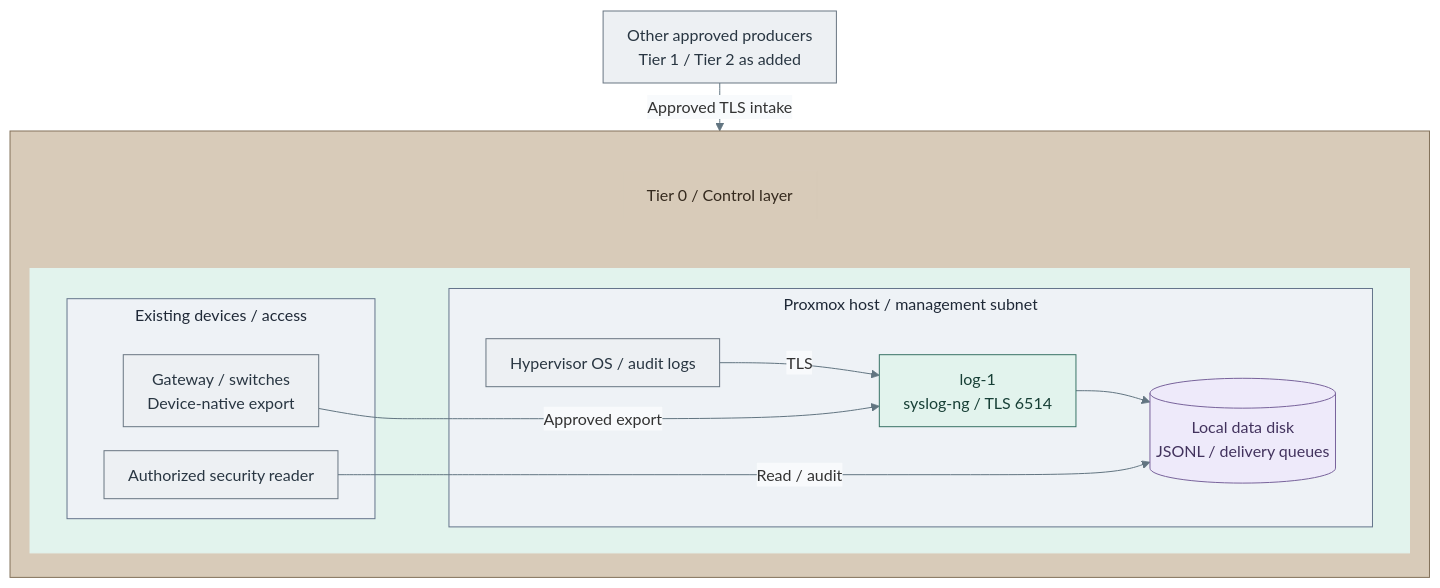
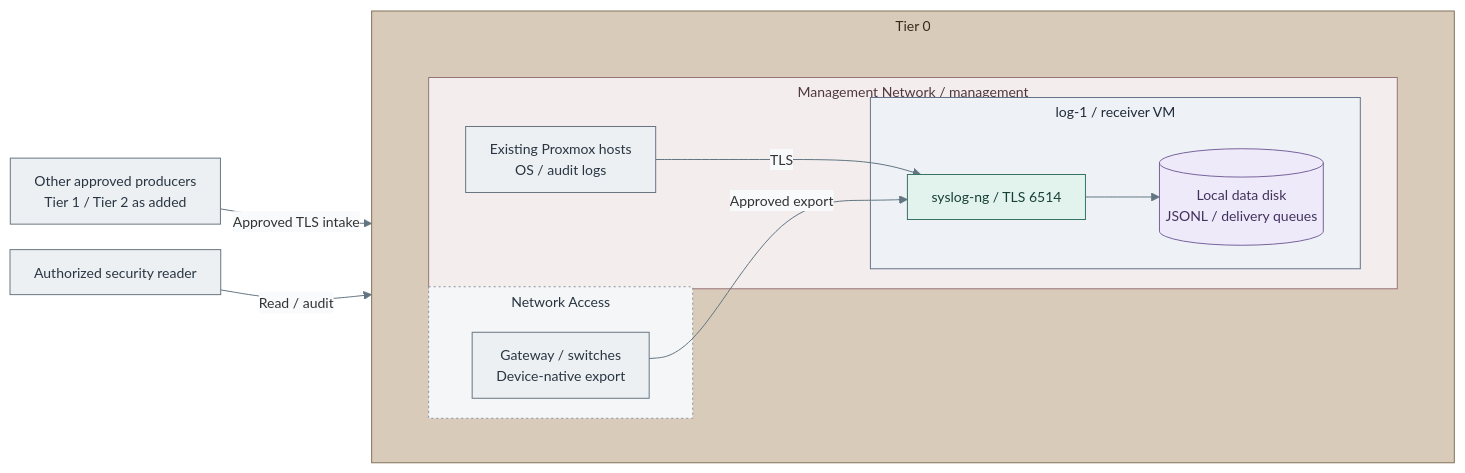
The second of 2 diagrams in docs/03-deployment/stage-2-logging/README.md (Rexus/homelab), drawn with Mermaid before and after one commit. The commit also changed other lines of this file and 124 other files, not shown here.

First line of the commit message:
fix(platform): align service diagrams and directory failover

````diff
--- a/docs/03-deployment/stage-2-logging/README.md
+++ b/docs/03-deployment/stage-2-logging/README.md
@@ -431,44 +385,52 @@
 ```mermaid
-%%{init: {"theme":"base","flowchart":{"nodeSpacing":20,"rankSpacing":24,"padding":12,"subGraphTitleMargin":{"top":4,"bottom":12}},"themeVariables":{"lineColor":"#627581","edgeLabelBackground":"#f8fafc"}}}%%
-flowchart TB
+%%{init: {"theme":"base","flowchart":{"nodeSpacing":20,"rankSpacing":24,"padding":12,"subGraphTitleMargin":{"top":4,"bottom":18}},"themeVariables":{"lineColor":"#627581","edgeLabelBackground":"#f8fafc","fontFamily":"Arial, sans-serif","fontSize":"14px"},"fontFamily":"Arial, sans-serif"}}%%
+flowchart LR
   Sources["Other approved producers<br/>Tier 1 / Tier 2 as added"]
-  subgraph T0[" "]
+  subgraph T0["Tier 0"]
     direction TB
-    T0Title["Tier 0 / Control layer"]
     %% Keep the heading above a content-sized placement group, independent of external links.
-    subgraph Placement[" "]
+    subgraph Layout[" "]
       direction LR
-      subgraph Infrastructure["Existing devices / access"]
+      subgraph Infrastructure["Network Access"]
         Devices["Gateway / switches<br/>Device-native export"]
-        Admin["Authorized security reader"]
       end
-      subgraph PVE["Proxmox host / management subnet"]
-        Host["Hypervisor OS / audit logs"]
-        VM["log-1<br/>syslog-ng / TLS 6514"]
-        Records[("Local data disk<br/>JSONL / delivery queues")]
+      subgraph Network["Management Network / management"]
+        Host["Existing Proxmox hosts<br/>OS / audit logs"]
+        subgraph Guest["log-1 / receiver VM"]
+          VM["syslog-ng / TLS 6514"]
+          Records[("Local data disk<br/>JSONL / delivery queues")]
+          VM --> Records
+        end
         Host -->|TLS| VM
-        VM --> Records
       end
       Devices -->|Approved export| VM
-      Admin -->|Read / audit| Records
-      Infrastructure ~~~ PVE
+      Infrastructure ~~~ Network
     end
-    T0Title ~~~ Placement
   end
-  Sources -->|Approved TLS intake| T0
+  Admin["Authorized security reader"]
+  Sources ~~~ Devices
+  Sources ~~~ Host
+  Admin ~~~ Devices
+  Admin ~~~ Host
+  Admin -->|Read / audit| Records
+  Sources -->|Approved TLS intake| VM
+  classDef group fill:#f5f6f7,stroke:#89939e,color:#273340,stroke-dasharray:2 3
   classDef default fill:#f8fafc,stroke:#64748b,color:#1f2937
   classDef boundary fill:#eef2f6,stroke:#64748b,color:#1f2937
   classDef actor fill:#edf0f3,stroke:#697682,color:#293642
   classDef control fill:#e2f3ed,stroke:#397366,color:#173f36
   classDef controlHeading fill:#e2f3ed,stroke:#e2f3ed,color:#173f36
   classDef data fill:#eeeafa,stroke:#78639b,color:#42325d
-  class Infrastructure,PVE boundary
+  class Guest boundary
+  classDef zoneControl fill:#c9e0d5,stroke:#397366,color:#173f36
   class Sources,Devices,Host,Admin actor
   class VM control
-  class Placement controlHeading
+  style Layout fill:none,stroke:none
   class Records data
   classDef tier0 fill:#d8cbb9,stroke:#83715a,color:#352a1e
   class T0 tier0
   classDef tier0Heading fill:#d8cbb9,stroke:#d8cbb9,color:#352a1e
-  class T0Title tier0Heading
+  classDef network fill:#f4eded,stroke:#9b7378,color:#50383d
+  class Infrastructure group
+  class Network network
 ```
````
